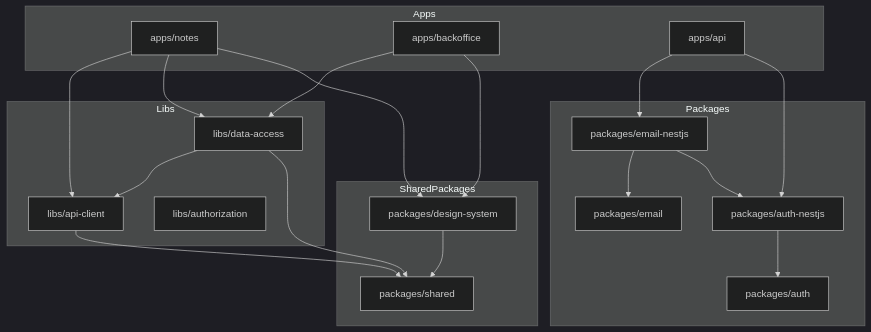
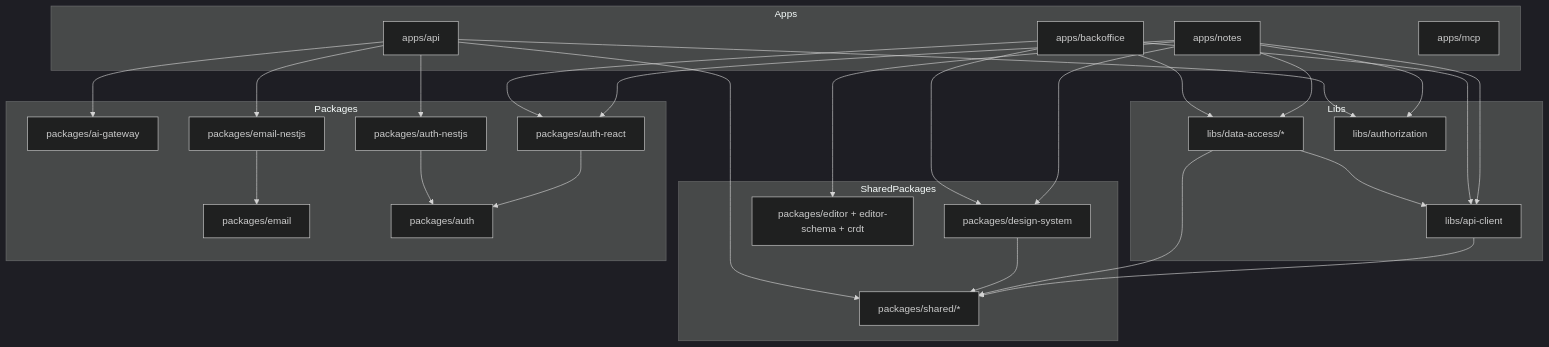
One commit to jovandyaz/knowtis-app changed the diagram in docs/ARCHITECTURE.md. Above: the diagram before and after it, drawn with Mermaid (dark theme). The commit also changed other lines of this file and 5 other files, not shown here.

Commit message:
docs: sync architecture, API, migrations and deployment docs with the codebase

````diff
--- a/docs/ARCHITECTURE.md
+++ b/docs/ARCHITECTURE.md
@@ -157,42 +182,54 @@
 ```mermaid
 graph TD
     subgraph Apps
         Notes[apps/notes]
         Backoffice[apps/backoffice]
         API[apps/api]
+        MCP[apps/mcp]
     end
 
     subgraph Libs
         ApiClient[libs/api-client]
-        DataAccess[libs/data-access]
+        DataAccess[libs/data-access/*]
         Authorization[libs/authorization]
     end
 
     subgraph SharedPackages
         DesignSystem[packages/design-system]
-        Shared[packages/shared]
+        Editor[packages/editor + editor-schema + crdt]
+        Shared[packages/shared/*]
+    end
+
+    subgraph Packages
+        AiGateway[packages/ai-gateway]
+        Email[packages/email]
+        EmailNestjs[packages/email-nestjs]
+        Auth[packages/auth]
+        AuthNestjs[packages/auth-nestjs]
+        AuthReact[packages/auth-react]
     end
 
     Notes --> ApiClient
     Notes --> DataAccess
     Notes --> DesignSystem
+    Notes --> Editor
+    Notes --> Authorization
+    Notes --> AuthReact
+    Backoffice --> ApiClient
     Backoffice --> DataAccess
     Backoffice --> DesignSystem
+    Backoffice --> AuthReact
     ApiClient --> Shared
     DataAccess --> ApiClient
     DataAccess --> Shared
     DesignSystem --> Shared
+    AuthReact --> Auth
 
-    subgraph Packages
-        Email[packages/email]
-        EmailNestjs[packages/email-nestjs]
-        Auth[packages/auth]
-        AuthNestjs[packages/auth-nestjs]
-    end
-
+    API --> AiGateway
+    API --> Authorization
     API --> EmailNestjs
     API --> AuthNestjs
+    API --> Shared
     EmailNestjs --> Email
-    EmailNestjs --> AuthNestjs
     AuthNestjs --> Auth
 ```
````
